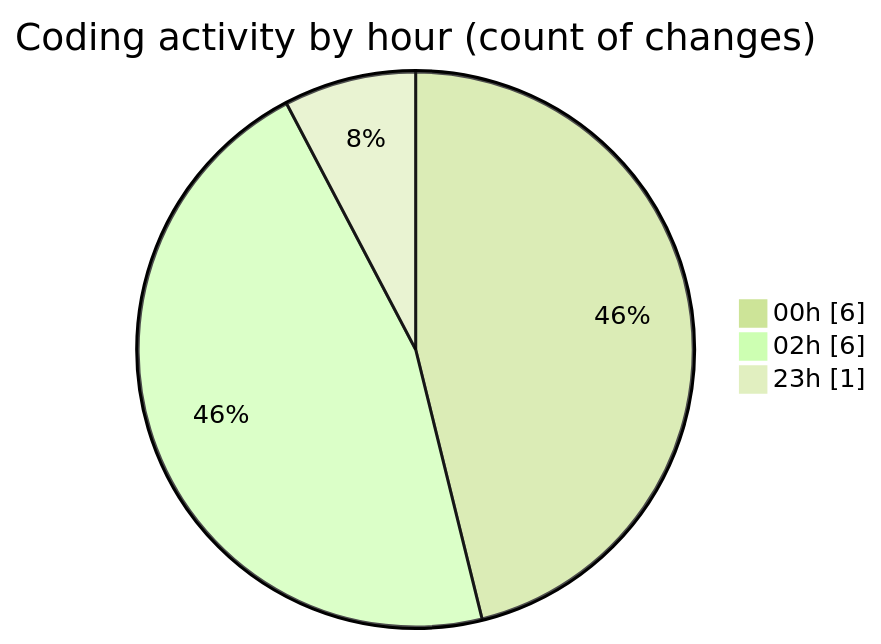
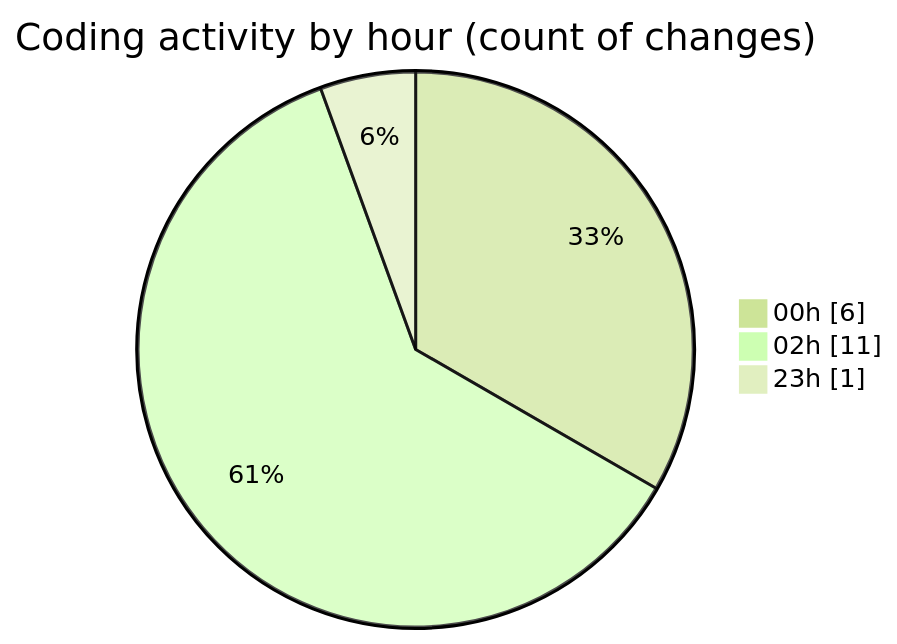
Before and after one commit to donsfak/code-tracking: the second of 2 diagrams in 2025-02-08/portofolio/README.md, drawn with Mermaid (forest theme). The commit also changed other lines of this file and 1 other file, not shown here.

````diff
--- a/2025-02-08/portofolio/README.md
+++ b/2025-02-08/portofolio/README.md
@@ -28,7 +28,7 @@
 ```mermaid
 pie showData
 title Coding activity by hour (count of changes)
 "00h" : 6
-"02h" : 6
+"02h" : 11
 "23h" : 1
 ```
````
